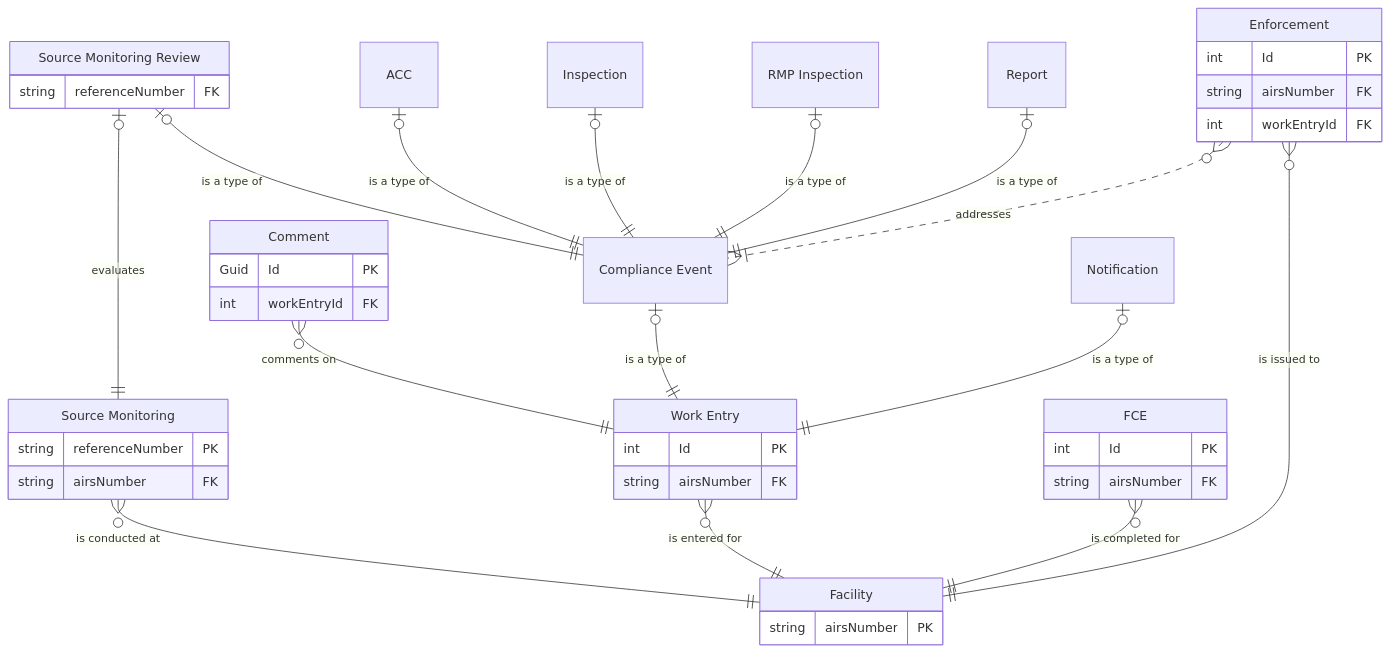
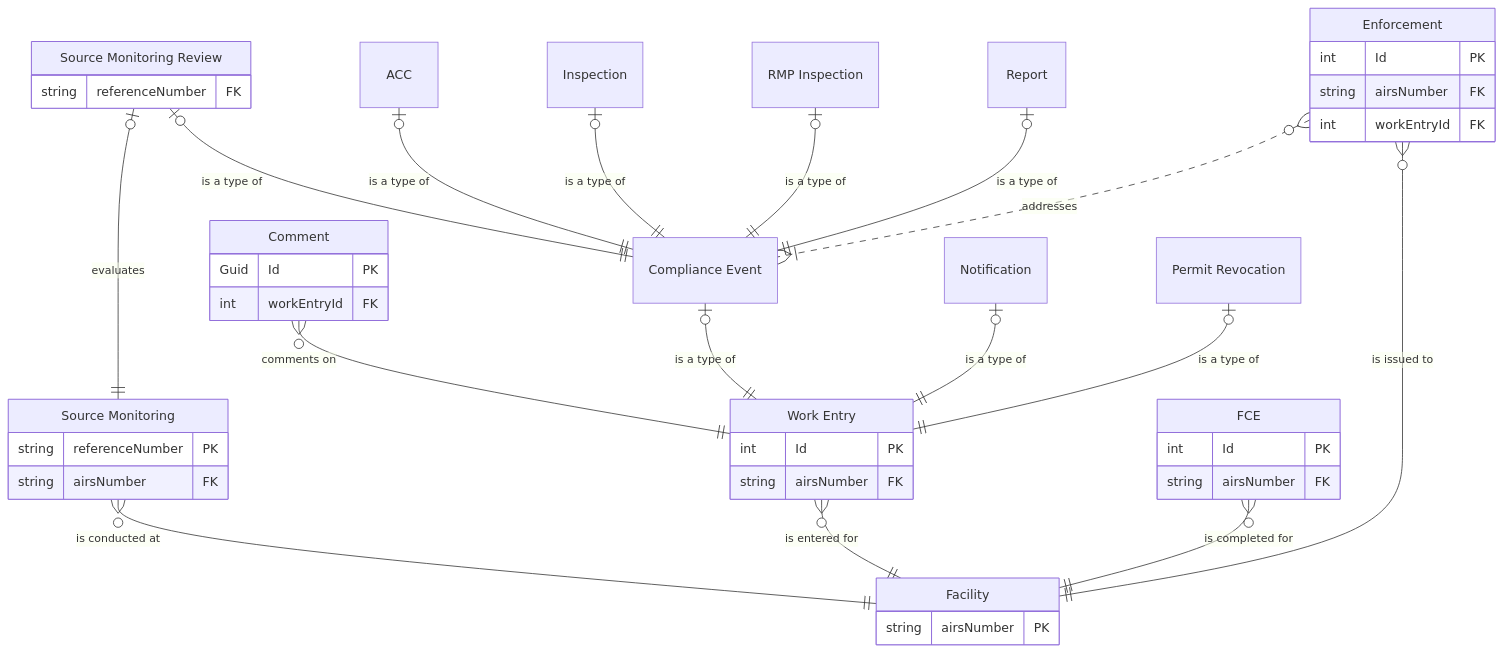
One commit to gaepdit/air-web changed the diagram in docs/Entity-relationship-diagram.md. Above: the diagram before and after it, drawn with Mermaid. The commit also changed other lines of this file, not shown here.

Commit message:
Add Permit Revocation to ERD

````diff
--- a/docs/Entity-relationship-diagram.md
+++ b/docs/Entity-relationship-diagram.md
@@ -28,67 +28,70 @@
 ```mermaid
 erDiagram
 
 FAC["Facility"] {
     string airsNumber PK
 }
 
 MON["Source Monitoring"] {
     string referenceNumber PK
     string airsNumber FK
 }
 
 FCE["FCE"] {
     int Id PK
     string airsNumber FK
 }
 
 WRK["Work Entry"] {
     int Id PK
     string airsNumber FK
 }
 
     CME["Compliance Event"]
 
         SMR["Source Monitoring Review"] {
             string referenceNumber FK
         }
         ACC["ACC"]
         INS["Inspection"]
         RMP["RMP Inspection"]
         REP["Report"]
 
     NOT["Notification"]
+    
+    REV["Permit Revocation"]
 
 COM["Comment"] {
     Guid Id PK
     int workEntryId FK
 }
 
 ENF["Enforcement"] {
     int Id PK
     string airsNumber FK
     int workEntryId FK
 }
 
 
 SMR |o--|| CME : "is a type of"
 ACC |o--|| CME : "is a type of"
 INS |o--|| CME : "is a type of"
 RMP |o--|| CME : "is a type of"
 REP |o--|| CME : "is a type of"
 
 COM }o--|| WRK : "comments on"
 
 CME |o--|| WRK : "is a type of"
 NOT |o--|| WRK : "is a type of"
+REV |o--|| WRK : "is a type of"
 
 SMR |o--|| MON : "evaluates"
 
 MON }o--|| FAC : "is conducted at"
 WRK }o--|| FAC : "is entered for"
 FCE }o--|| FAC : "is completed for"
 ENF }o--|| FAC : "is issued to"
 
 ENF }o..|{ CME : "addresses"
 
 ```
````
